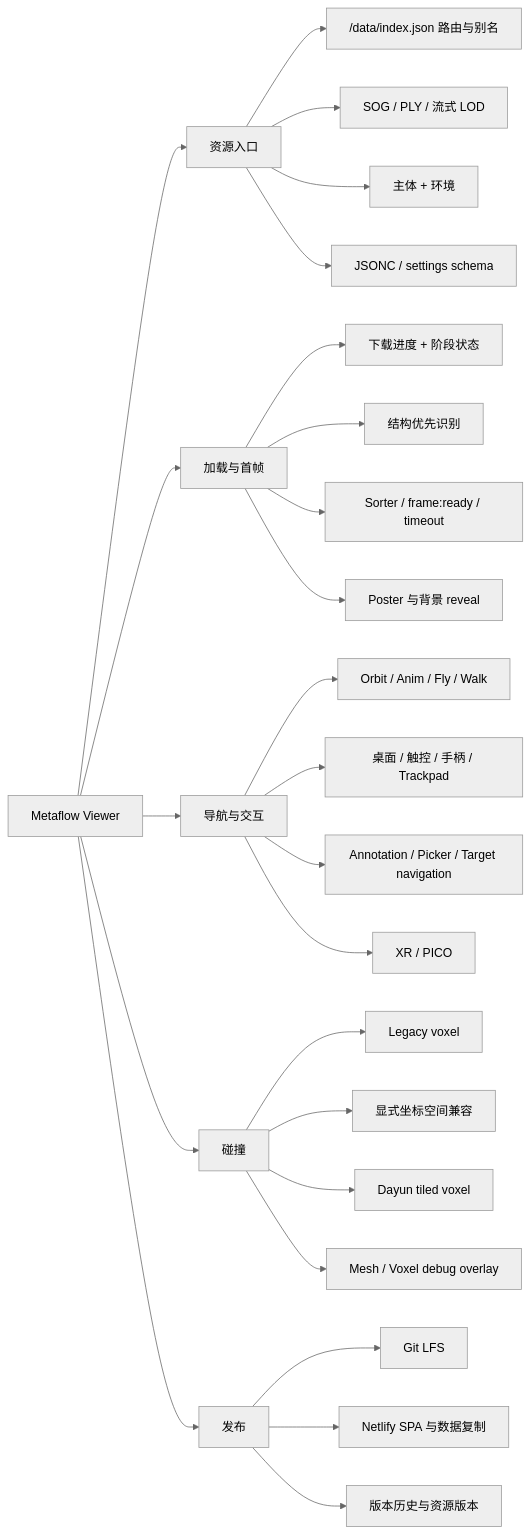
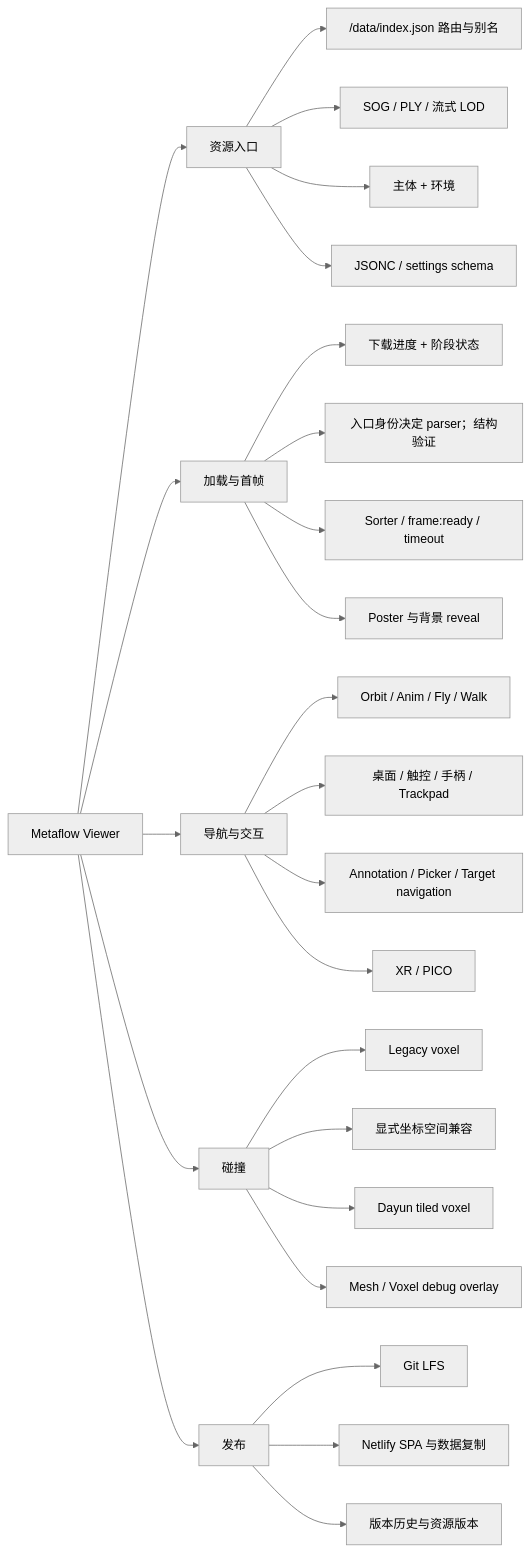
Before and after one commit to Shuang-su/Metaflow: the first of 4 diagrams in docs/metaflow-viewer-change-ledger.md, drawn with Mermaid (neutral theme). The commit also changed other lines of this file and 2177 other files, not shown here.

````diff
--- a/docs/metaflow-viewer-change-ledger.md
+++ b/docs/metaflow-viewer-change-ledger.md
@@ -31,28 +31,28 @@
 ```mermaid
 flowchart LR
     A["Metaflow Viewer"]
     A --> B["资源入口"]
     B --> B1["/data/index.json 路由与别名"]
     B --> B2["SOG / PLY / 流式 LOD"]
     B --> B3["主体 + 环境"]
     B --> B4["JSONC / settings schema"]
     A --> C["加载与首帧"]
     C --> C1["下载进度 + 阶段状态"]
-    C --> C2["结构优先识别"]
+    C --> C2["入口身份决定 parser；结构验证"]
     C --> C3["Sorter / frame:ready / timeout"]
     C --> C4["Poster 与背景 reveal"]
     A --> D["导航与交互"]
     D --> D1["Orbit / Anim / Fly / Walk"]
     D --> D2["桌面 / 触控 / 手柄 / Trackpad"]
     D --> D3["Annotation / Picker / Target navigation"]
     D --> D4["XR / PICO"]
     A --> E["碰撞"]
     E --> E1["Legacy voxel"]
     E --> E2["显式坐标空间兼容"]
     E --> E3["Dayun tiled voxel"]
     E --> E4["Mesh / Voxel debug overlay"]
     A --> F["发布"]
     F --> F1["Git LFS"]
     F --> F2["Netlify SPA 与数据复制"]
     F --> F3["版本历史与资源版本"]
 ```
````
